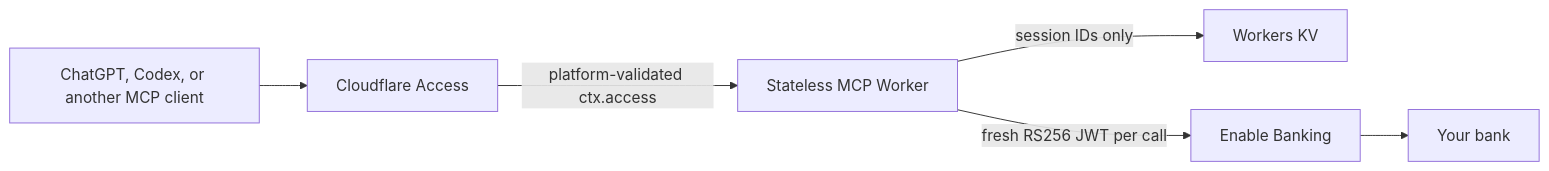
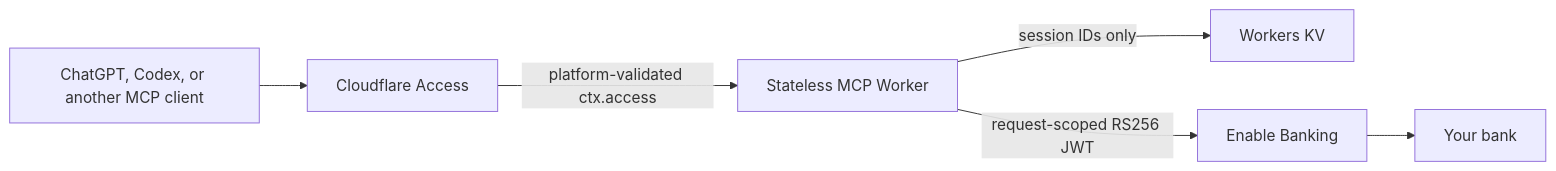
The diagram in README.md (cver-me/EU-Open-Banking-MCP), drawn with Mermaid before and after one commit. The commit also changed other lines of this file and 2 other files, not shown here.

Commit message:
Reuse provider JWT signing within each request
Share concurrent signing work within an Enable Banking client, refresh before expiry, and keep tokens isolated between clients. Cover reuse, refresh, and isolation with a regression test.

````diff
--- a/README.md
+++ b/README.md
@@ -32,8 +32,8 @@
 ```mermaid
 flowchart LR
   C[ChatGPT, Codex, or another MCP client] --> A[Cloudflare Access]
   A -->|platform-validated ctx.access| W[Stateless MCP Worker]
   W -->|session IDs only| K[Workers KV]
-  W -->|fresh RS256 JWT per call| E[Enable Banking]
+  W -->|request-scoped RS256 JWT| E[Enable Banking]
   E --> B[Your bank]
 ```
````
